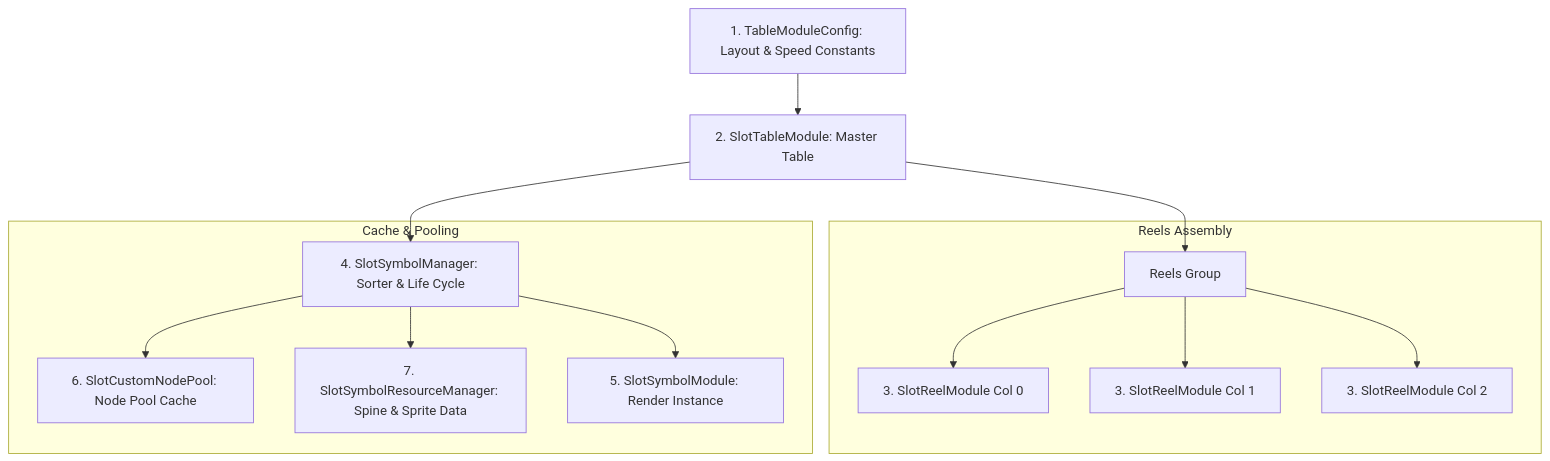
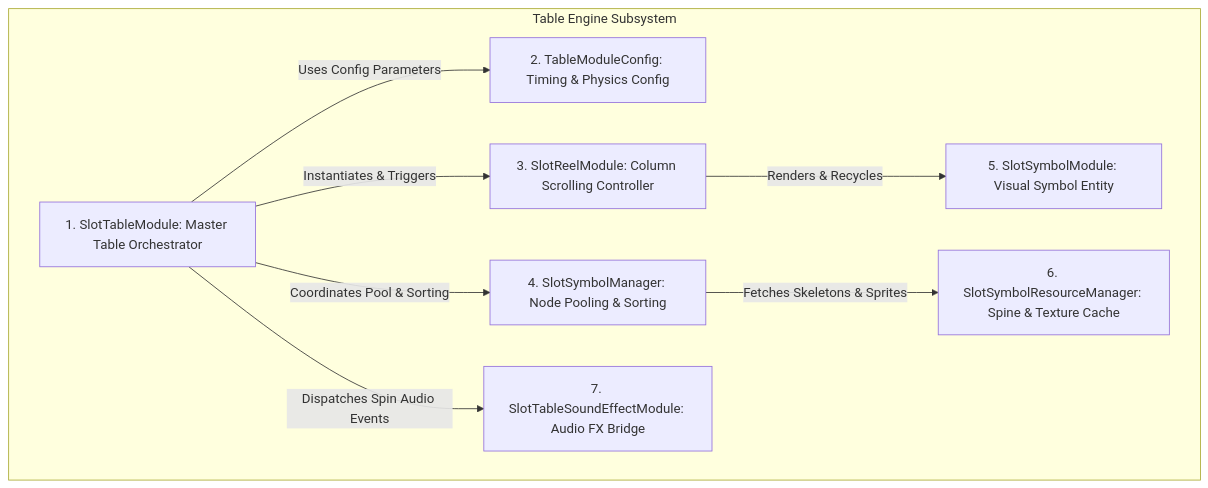
The first of 2 diagrams in docs/cc_slot_module/systems/02_table_reel_symbol_engine/01_table_engine_7_core_components.md (lam-ark/mcp-fwcc), drawn with Mermaid before and after one commit. The commit also changed other lines of this file and 51 other files, not shown here.

Commit message:
docs(mcp-fwcc): complete FortuneWheel methods, GameModeWriter methods, and English system architecture

````diff
--- a/docs/cc_slot_module/systems/02_table_reel_symbol_engine/01_table_engine_7_core_components.md
+++ b/docs/cc_slot_module/systems/02_table_reel_symbol_engine/01_table_engine_7_core_components.md
@@ -16,19 +16,19 @@
 ```mermaid
 graph TD
-    TableConfig[1. TableModuleConfig: Layout & Speed Constants] --> Table[2. SlotTableModule: Master Table]
-    
-    Table --> ReelsContainer[Reels Group]
-    subgraph Reels Assembly
-        ReelsContainer --> Reel0[3. SlotReelModule Col 0]
-        ReelsContainer --> Reel1[3. SlotReelModule Col 1]
-        ReelsContainer --> Reel2[3. SlotReelModule Col 2]
+    subgraph Table Engine Subsystem
+        STM[1. SlotTableModule: Master Table Orchestrator]
+        TMC[2. TableModuleConfig: Timing & Physics Config]
+        SRM[3. SlotReelModule: Column Scrolling Controller]
+        SSM[4. SlotSymbolManager: Node Pooling & Sorting]
+        SYM[5. SlotSymbolModule: Visual Symbol Entity]
+        RES[6. SlotSymbolResourceManager: Spine & Texture Cache]
+        SND[7. SlotTableSoundEffectModule: Audio FX Bridge]
     end
 
-    Table --> SymbolMgr[4. SlotSymbolManager: Sorter & Life Cycle]
-    
-    subgraph Cache & Pooling
-        SymbolMgr --> NodePool[6. SlotCustomNodePool: Node Pool Cache]
-        SymbolMgr --> ResMgr[7. SlotSymbolResourceManager: Spine & Sprite Data]
-        SymbolMgr --> Symbols[5. SlotSymbolModule: Render Instance]
-    end
+    STM -->|Uses Config Parameters| TMC
+    STM -->|Instantiates & Triggers| SRM
+    STM -->|Coordinates Pool & Sorting| SSM
+    SRM -->|Renders & Recycles| SYM
+    SSM -->|Fetches Skeletons & Sprites| RES
+    STM -->|Dispatches Spin Audio Events| SND
 ```
````
